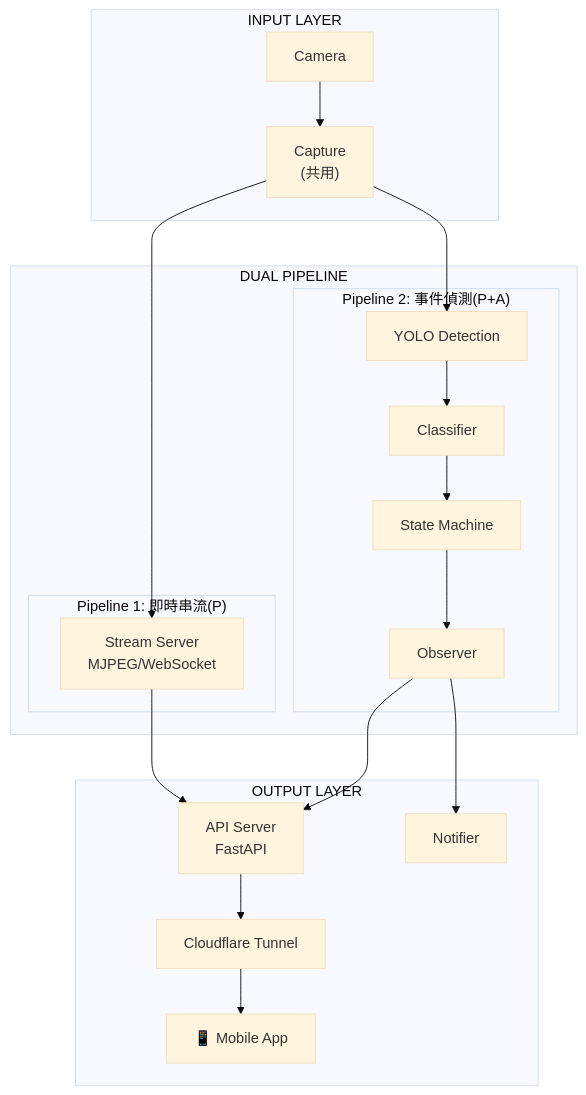
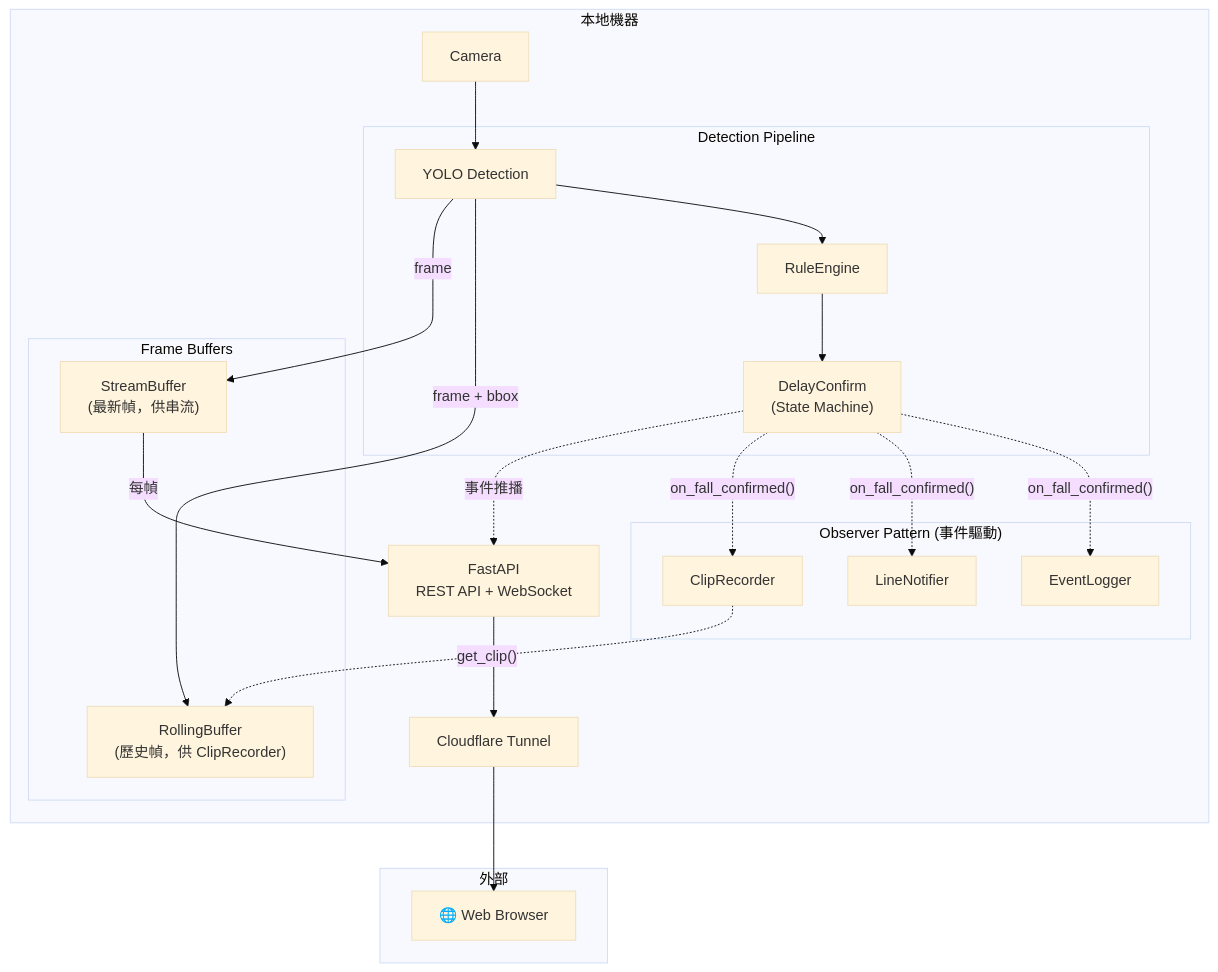
Before and after one commit to kionce57/FDS: the second of 11 diagrams in docs/ARCHITECTURE.md, drawn with Mermaid (base theme). The commit also changed other lines of this file, not shown here.

Commit message:
docs: update architecture to single pipeline + StreamBuffer design

````diff
--- a/docs/ARCHITECTURE.md
+++ b/docs/ARCHITECTURE.md
@@ -137,40 +138,46 @@
 ```mermaid
 graph TD
-    subgraph Input["INPUT LAYER"]
+    subgraph Local["本地機器"]
         Camera["Camera"]
-        Capture["Capture<br/>(共用)"]
-        Camera --> Capture
+
+        subgraph Pipeline["Detection Pipeline"]
+            Detector["YOLO Detection"]
+            RuleEngine["RuleEngine"]
+            DelayConfirm["DelayConfirm<br/>(State Machine)"]
+        end
+
+        subgraph Buffers["Frame Buffers"]
+            RollingBuffer["RollingBuffer<br/>(歷史幀，供 ClipRecorder)"]
+            StreamBuffer["StreamBuffer<br/>(最新幀，供串流)"]
+        end
+
+        subgraph Observers["Observer Pattern (事件驅動)"]
+            EventLogger["EventLogger"]
+            LineNotifier["LineNotifier"]
+            ClipRecorder["ClipRecorder"]
+        end
+
+        API["FastAPI<br/>REST API + WebSocket"]
+        Tunnel["Cloudflare Tunnel"]
+
+        Camera --> Detector
+        Detector --> RuleEngine
+        Detector -->|"frame + bbox"| RollingBuffer
+        Detector -->|"frame"| StreamBuffer
+        RuleEngine --> DelayConfirm
+        DelayConfirm -.->|"on_fall_confirmed()"| EventLogger
+        DelayConfirm -.->|"on_fall_confirmed()"| LineNotifier
+        DelayConfirm -.->|"on_fall_confirmed()"| ClipRecorder
+        ClipRecorder -.->|"get_clip()"| RollingBuffer
+
+        StreamBuffer -->|"每幀"| API
+        DelayConfirm -.->|"事件推播"| API
+        API --> Tunnel
     end
 
-    subgraph Pipelines["DUAL PIPELINE"]
-        subgraph P1["Pipeline 1: 即時串流(P)"]
-            StreamServer["Stream Server<br/>MJPEG/WebSocket"]
-        end
-        
-        subgraph P2["Pipeline 2: 事件偵測(P+A)"]
-            YOLO["YOLO Detection"]
-            Classifier["Classifier"]
-            StateMachine["State Machine"]
-            Observer["Observer"]
-        end
+    subgraph External["外部"]
+        Web["🌐 Web Browser"]
     end
 
-    subgraph Output["OUTPUT LAYER"]
-        API["API Server<br/>FastAPI"]
-        Notifier["Notifier"]
-        Tunnel["Cloudflare Tunnel"]
-        App["📱 Mobile App"]
-    end
-
-    Capture --> StreamServer
-    Capture --> YOLO
-    YOLO --> Classifier
-    Classifier --> StateMachine
-    StateMachine --> Observer
-
-    StreamServer --> API
-    Observer --> Notifier
-    Observer --> API
-    API --> Tunnel
-    Tunnel --> App
+    Tunnel --> Web
 ```
````
